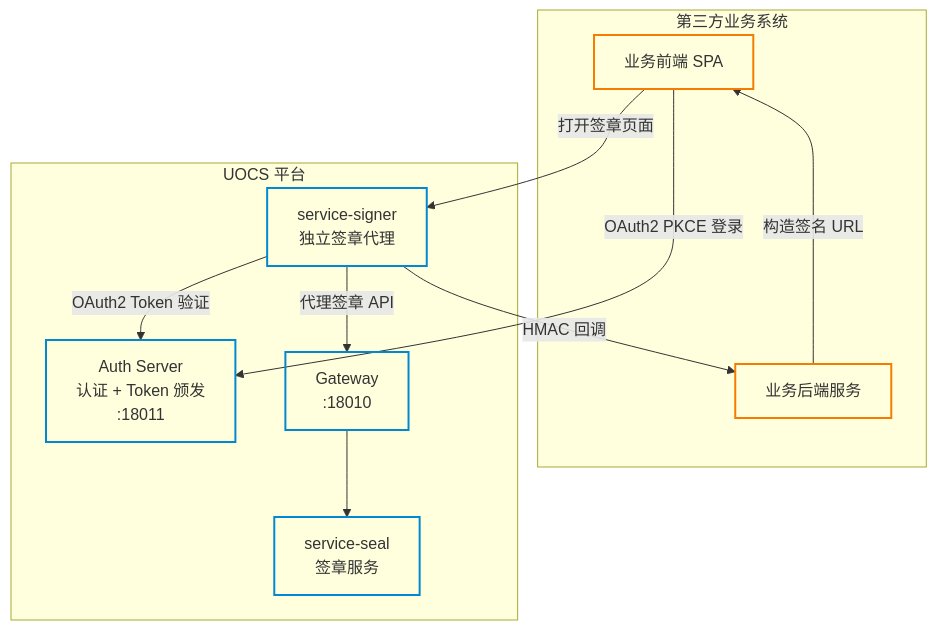
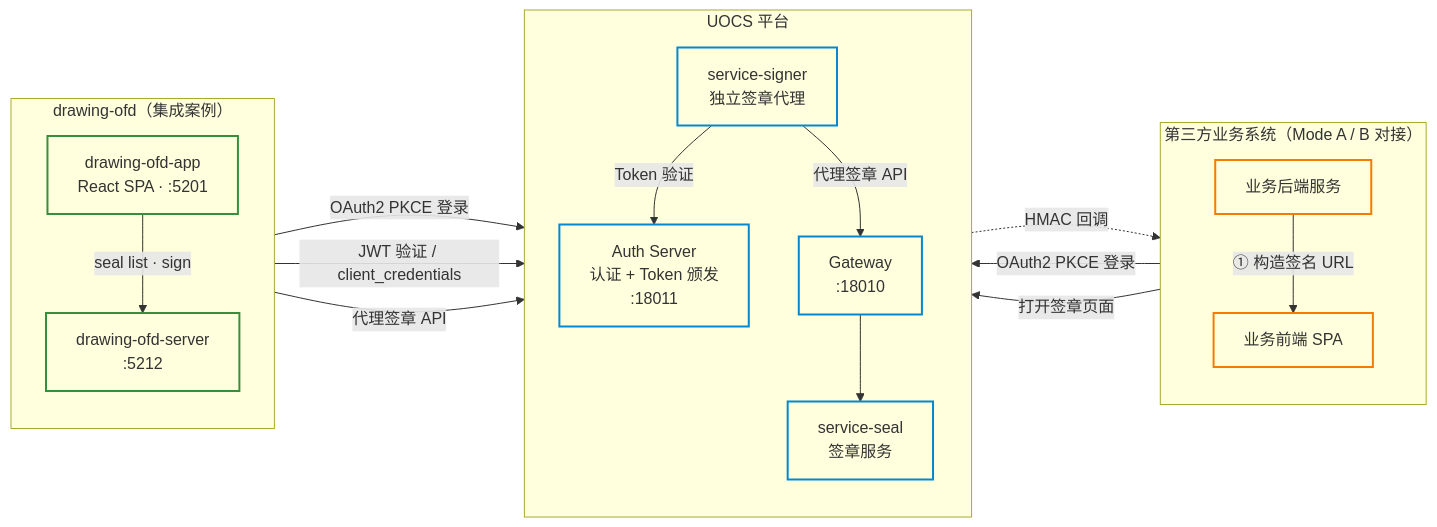
One commit to luguosong/obsidian-lgs changed the first of 10 diagrams in UOCS开发/drawing-ofd/OAuth2认证体系/OAuth2认证体系设计与实现.md. Above: the diagram before and after it, drawn with Mermaid.

Commit message:
vault backup: 2026-05-20 16:44:09
Affected files:
UOCS开发/drawing-ofd/OAuth2认证体系/OAuth2认证体系设计与实现.md

````diff
--- a/UOCS开发/drawing-ofd/OAuth2认证体系/OAuth2认证体系设计与实现.md
+++ b/UOCS开发/drawing-ofd/OAuth2认证体系/OAuth2认证体系设计与实现.md
@@ -66,27 +66,42 @@
 ```mermaid
-graph TD
-    subgraph third["第三方业务系统"]
+graph LR
+    subgraph third["第三方业务系统（Mode A / B 对接）"]
+        direction TB
+        BizBE["业务后端服务"]
         BizFE["业务前端 SPA"]
-        BizBE["业务后端服务"]
+    end
+
+    subgraph ofd["drawing-ofd（集成案例）"]
+        direction TB
+        OfdApp["drawing-ofd-app<br/>React SPA · :5201"]
+        OfdSvr["drawing-ofd-server<br/>:5212"]
     end
 
     subgraph uocs["UOCS 平台"]
+        direction TB
         Auth["Auth Server<br/>认证 + Token 颁发<br/>:18011"]
+        Signer["service-signer<br/>独立签章代理"]
         GW["Gateway<br/>:18010"]
         Seal["service-seal<br/>签章服务"]
-        Signer["service-signer<br/>独立签章代理"]
     end
 
-    BizBE -->|"构造签名 URL"| BizFE
+    BizBE -->|"① 构造签名 URL"| BizFE
     BizFE -->|"OAuth2 PKCE 登录"| Auth
     BizFE -->|"打开签章页面"| Signer
-    Signer -->|"OAuth2 Token 验证"| Auth
+    Signer -->|"Token 验证"| Auth
     Signer -->|"代理签章 API"| GW
     GW --> Seal
-    Signer -->|"HMAC 回调"| BizBE
+    Signer -.->|"HMAC 回调"| BizBE
 
-    classDef biz fill:none,stroke:#f57c00,stroke-width:2px
-    classDef uocs fill:none,stroke:#0288d1,stroke-width:2px
-    class BizFE,BizBE biz
-    class Auth,GW,Seal,Signer uocs
+    OfdApp -->|"OAuth2 PKCE 登录"| Auth
+    OfdApp -->|"seal list · sign"| OfdSvr
+    OfdSvr -->|"JWT 验证 / client_credentials"| Auth
+    OfdSvr -->|"代理签章 API"| GW
+
+    classDef bizStyle fill:none,stroke:#f57c00,stroke-width:2px
+    classDef uocsStyle fill:none,stroke:#0288d1,stroke-width:2px
+    classDef ofdStyle fill:none,stroke:#388e3c,stroke-width:2px
+    class BizFE,BizBE bizStyle
+    class Auth,GW,Seal,Signer uocsStyle
+    class OfdApp,OfdSvr ofdStyle
 ```
````
